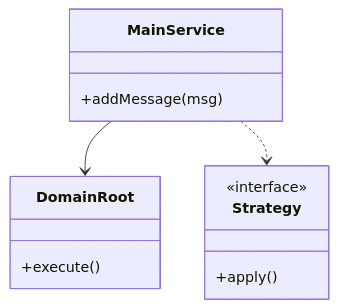
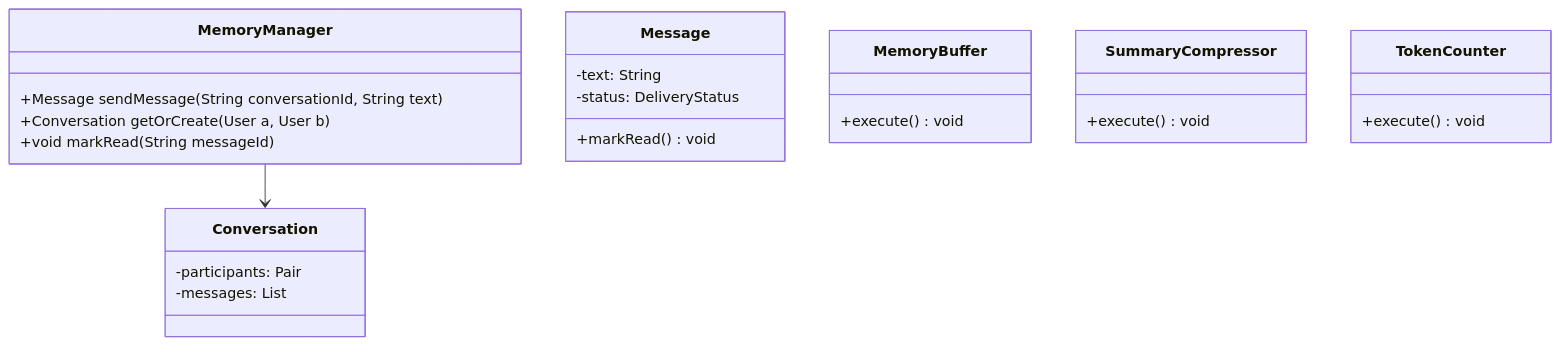
The first of 3 diagrams in Learn/System Design - Low Level Design/05-genai-llm-lld/questions/Q04-conversation-memory-manager.md (madhupaila/Interview-Prep-SSE), drawn with Mermaid before and after one commit. The commit also changed other lines of this file and 491 other files, not shown here.

````diff
--- a/Learn/System Design - Low Level Design/05-genai-llm-lld/questions/Q04-conversation-memory-manager.md
+++ b/Learn/System Design - Low Level Design/05-genai-llm-lld/questions/Q04-conversation-memory-manager.md
@@ -74,15 +94,27 @@
 ```mermaid
 classDiagram
-    class MainService {
-        +addMessage(msg)
+    class MemoryManager {
+        +Message sendMessage(String conversationId, String text)
+        +Conversation getOrCreate(User a, User b)
+        +void markRead(String messageId)
     }
-    class DomainRoot {
-        +execute()
+    class Conversation {
+        -participants: Pair<User>
+        -messages: List
     }
-    class Strategy {
-        <<interface>>
-        +apply()
+    class Message {
+        -text: String
+        -status: DeliveryStatus
+        +markRead() void
     }
-    MainService --> DomainRoot
-    MainService ..> Strategy
+    class MemoryBuffer {
+        +execute() void
+    }
+    class SummaryCompressor {
+        +execute() void
+    }
+    class TokenCounter {
+        +execute() void
+    }
+    MemoryManager --> Conversation
 ```
````
